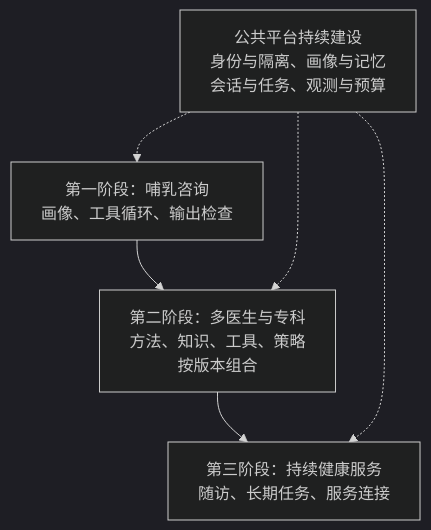
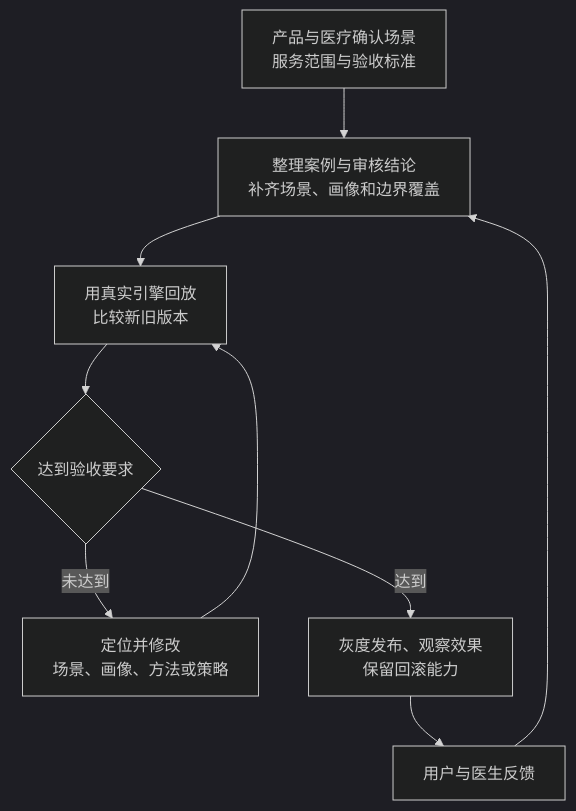
The third of 3 diagrams in docs/medical-engine-harness/README.md (heart-scalpel/toolkit), drawn with Mermaid (dark theme) before and after one commit. The commit also changed other lines of this file and 1 other file, not shown here.

````diff
--- a/docs/medical-engine-harness/README.md
+++ b/docs/medical-engine-harness/README.md
@@ -101,9 +122,11 @@
 ```mermaid
 flowchart TD
-  A["第一阶段：哺乳咨询<br/>画像、工具循环、输出检查"]
-  A --> B["第二阶段：多医生与专科<br/>方法、知识、工具、策略<br/>按版本组合"]
-  B --> C["第三阶段：持续健康服务<br/>随访、长期任务、服务连接"]
-  P["公共平台持续建设<br/>身份与隔离、画像与记忆<br/>会话与任务、观测与预算"] -.-> A
-  P -.-> B
-  P -.-> C
+  C["产品与医疗确认场景<br/>服务范围与验收标准"] --> B["整理案例与审核结论<br/>补齐场景、画像和边界覆盖"]
+  B --> R["用真实引擎回放<br/>比较新旧版本"]
+  R --> D{"达到验收要求"}
+  D -->|未达到| M["定位并修改<br/>场景、画像、方法或策略"]
+  M --> R
+  D -->|达到| V["灰度发布、观察效果<br/>保留回滚能力"]
+  V --> F["用户与医生反馈"]
+  F --> B
 ```
````
